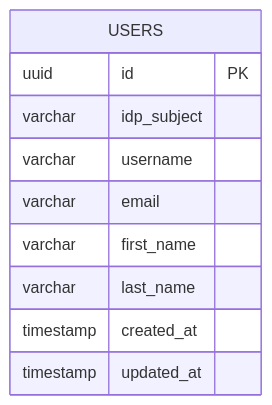
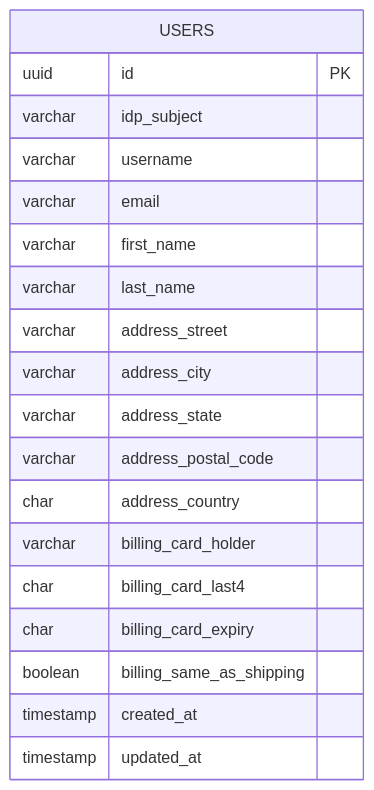
Before and after one commit to ricsanfre/spring-microservices-otel-k8s: the fifth of 6 diagrams in README.md, drawn with Mermaid. The commit also changed other lines of this file and 6 other files, not shown here.

Commit message:
Adding to User profile, shipping address and credit card payment options

````diff
--- a/README.md
+++ b/README.md
@@ -348,13 +372,22 @@
 ```mermaid
 erDiagram
     USERS {
-        uuid id PK
+        uuid    id PK
         varchar idp_subject
         varchar username
         varchar email
         varchar first_name
         varchar last_name
+        varchar address_street
+        varchar address_city
+        varchar address_state
+        varchar address_postal_code
+        char    address_country
+        varchar billing_card_holder
+        char    billing_card_last4
+        char    billing_card_expiry
+        boolean billing_same_as_shipping
         timestamp created_at
         timestamp updated_at
     }
 ```
````
